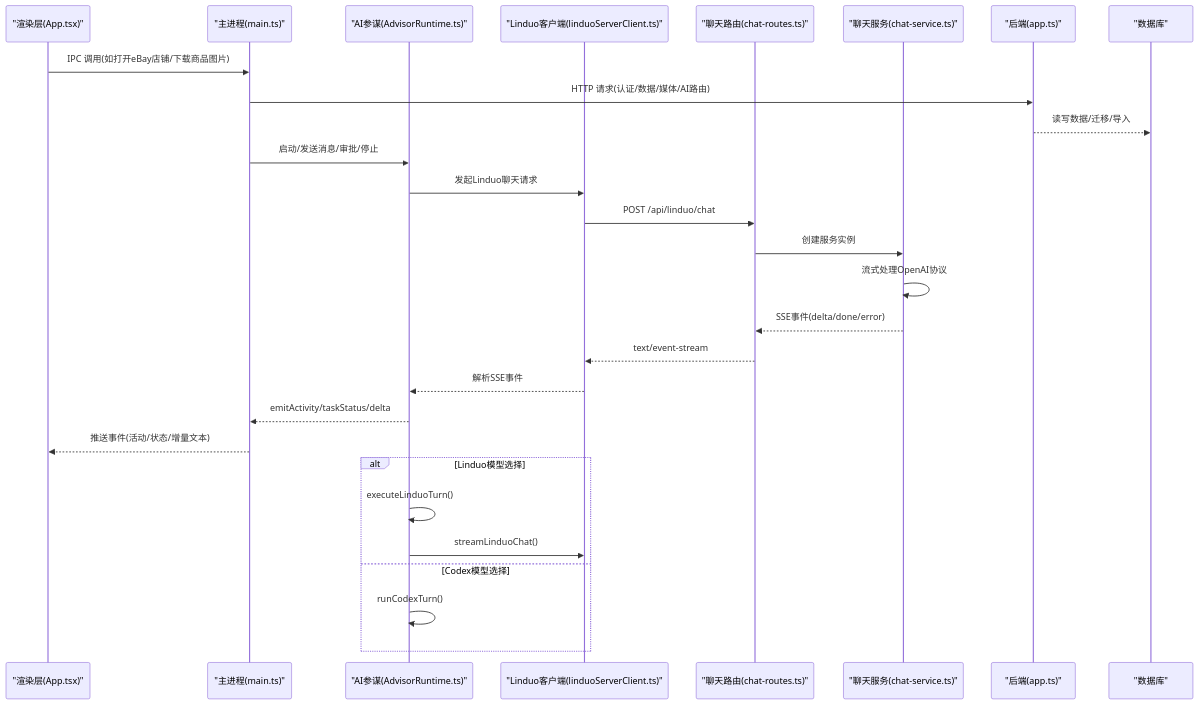
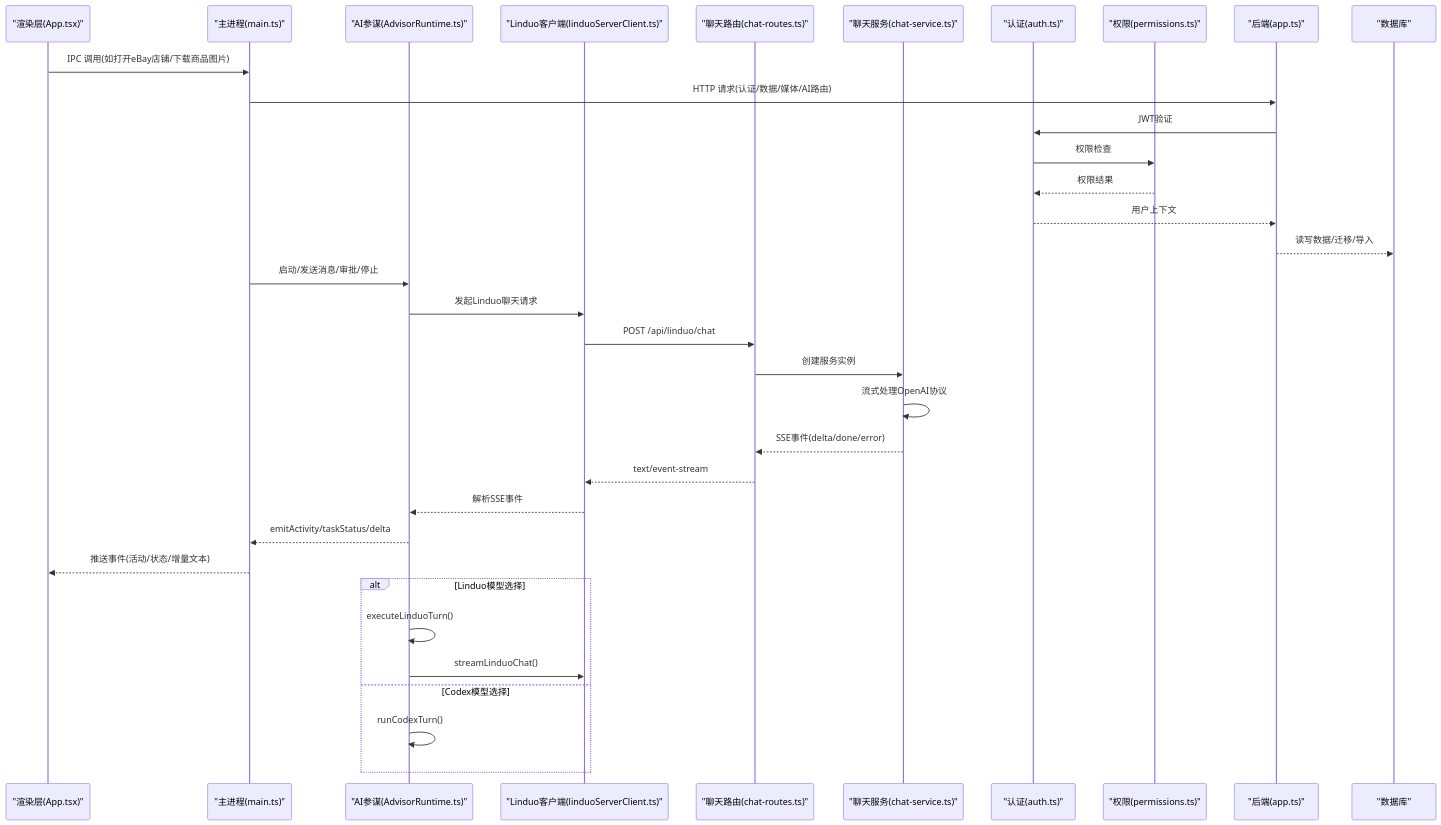
One commit to iljahofbauer219-lang/yandu changed the second of 13 diagrams in .qoder/repowiki/zh/content/核心服务/AI参谋系统架构.md. Above: the diagram before and after it, drawn with Mermaid. The commit also changed other lines of this file and 153 other files, not shown here.

````diff
--- a/.qoder/repowiki/zh/content/核心服务/AI参谋系统架构.md
+++ b/.qoder/repowiki/zh/content/核心服务/AI参谋系统架构.md
@@ -142,30 +159,36 @@
 ```mermaid
 sequenceDiagram
 participant UI as "渲染层(App.tsx)"
 participant Main as "主进程(main.ts)"
 participant Advisor as "AI参谋(AdvisorRuntime.ts)"
 participant LinduoClient as "Linduo客户端(linduoServerClient.ts)"
 participant ChatRoutes as "聊天路由(chat-routes.ts)"
 participant ChatService as "聊天服务(chat-service.ts)"
+participant Auth as "认证(auth.ts)"
+participant Perm as "权限(permissions.ts)"
 participant Server as "后端(app.ts)"
 participant DB as "数据库"
 UI->>Main : IPC 调用(如打开eBay店铺/下载商品图片)
 Main->>Server : HTTP 请求(认证/数据/媒体/AI路由)
+Server->>Auth : JWT验证
+Auth->>Perm : 权限检查
+Perm-->>Auth : 权限结果
+Auth-->>Server : 用户上下文
 Server-->>DB : 读写数据/迁移/导入
 Main->>Advisor : 启动/发送消息/审批/停止
 Advisor->>LinduoClient : 发起Linduo聊天请求
 LinduoClient->>ChatRoutes : POST /api/linduo/chat
 ChatRoutes->>ChatService : 创建服务实例
 ChatService->>ChatService : 流式处理OpenAI协议
 ChatService-->>ChatRoutes : SSE事件(delta/done/error)
 ChatRoutes-->>LinduoClient : text/event-stream
 LinduoClient-->>Advisor : 解析SSE事件
 Advisor-->>Main : emitActivity/taskStatus/delta
 Main-->>UI : 推送事件(活动/状态/增量文本)
 alt Linduo模型选择
 Advisor->>Advisor : executeLinduoTurn()
 Advisor->>LinduoClient : streamLinduoChat()
 else Codex模型选择
 Advisor->>Advisor : runCodexTurn()
 end
 ```
````
